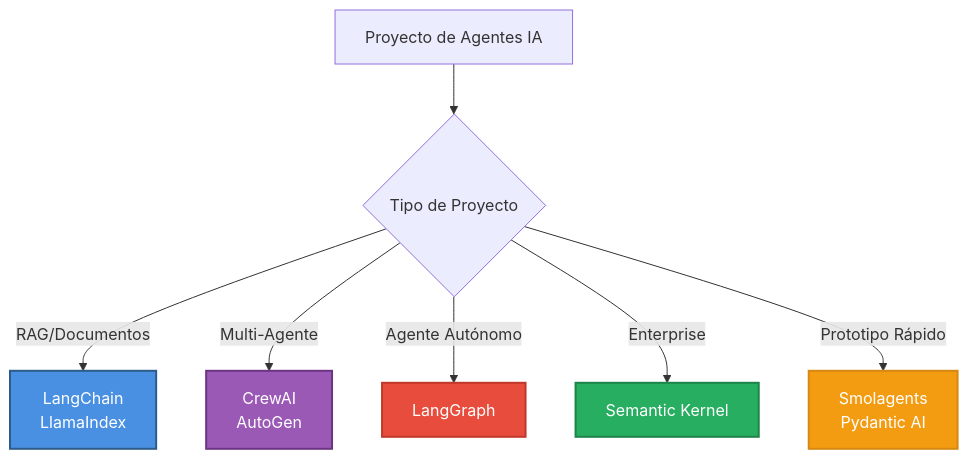
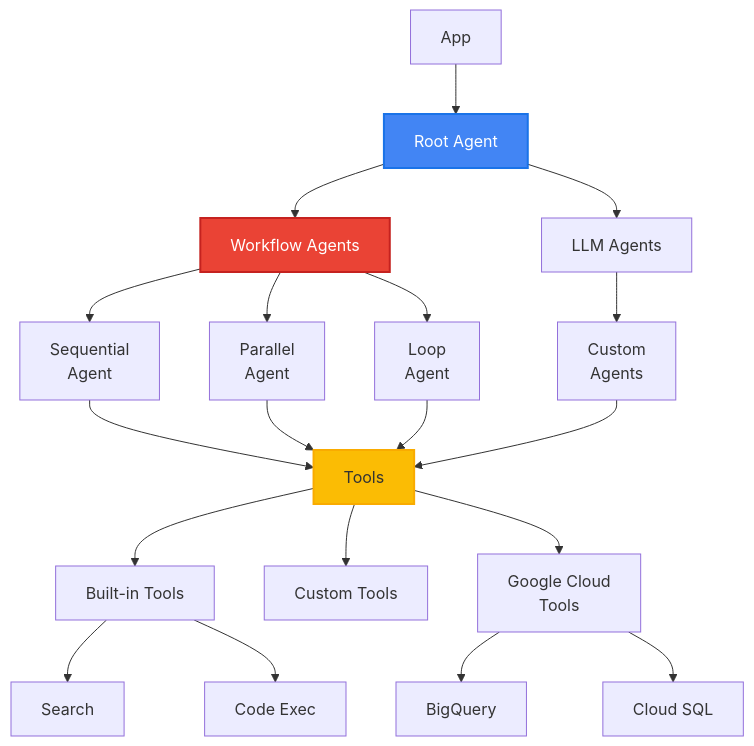
One commit to RACPSC2025/Professional-AI-Agent-Developer-Course-v1.0 changed the first of 2 diagrams in module2/README.md. Above: the diagram before and after it, drawn with Mermaid. The commit also changed other lines of this file and 30 other files, not shown here.

````diff
--- a/module2/README.md
+++ b/module2/README.md
@@ -24,15 +787,31 @@
 ```mermaid
-graph TD
-    A[Proyecto de Agentes IA] --> B{Tipo de Proyecto}
-    B -->|RAG/Documentos| C[LangChain<br/>LlamaIndex]
-    B -->|Multi-Agente| D[CrewAI<br/>AutoGen]
-    B -->|Agente Autónomo| E[LangGraph]
-    B -->|Enterprise| F[Semantic Kernel]
-    B -->|Prototipo Rápido| G[Smolagents<br/>Pydantic AI]
+graph TB
+    A[App] --> B[Root Agent]
+    B --> C[Workflow Agents]
+    B --> D[LLM Agents]
     
-    style C fill:#4A90E2,stroke:#2E5C8A,stroke-width:2px,color:#fff
-    style D fill:#9B59B6,stroke:#6C3483,stroke-width:2px,color:#fff
-    style E fill:#E74C3C,stroke:#C0392B,stroke-width:2px,color:#fff
-    style F fill:#27AE60,stroke:#1E8449,stroke-width:2px,color:#fff
-    style G fill:#F39C12,stroke:#D68910,stroke-width:2px,color:#fff
+    C --> E[Sequential<br/>Agent]
+    C --> F[Parallel<br/>Agent]
+    C --> G[Loop<br/>Agent]
+    
+    D --> H[Custom<br/>Agents]
+    
+    E --> I[Tools]
+    F --> I
+    G --> I
+    H --> I
+    
+    I --> J[Built-in Tools]
+    I --> K[Custom Tools]
+    I --> L[Google Cloud<br/>Tools]
+    
+    J --> M[Search]
+    J --> N[Code Exec]
+    
+    L --> O[BigQuery]
+    L --> P[Cloud SQL]
+    
+    style B fill:#4285f4,color:#fff,stroke:#1a73e8,stroke-width:2px
+    style C fill:#ea4335,color:#fff,stroke:#c5221f,stroke-width:2px
+    style I fill:#fbbc04,color:#333,stroke:#f9ab00,stroke-width:2px
 ```
````
